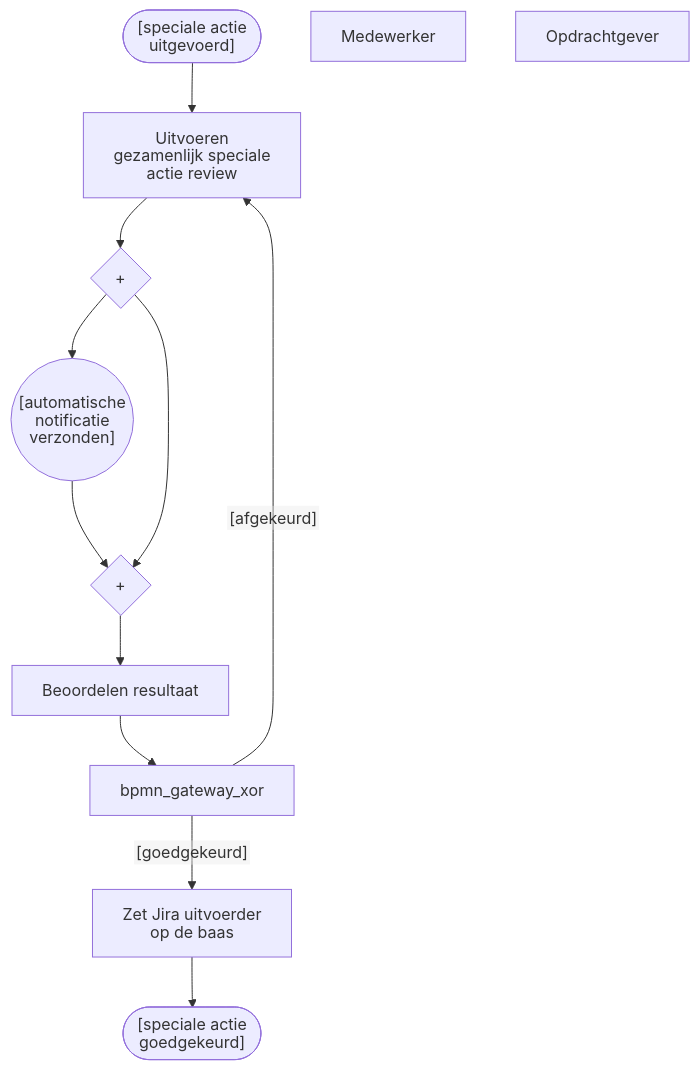
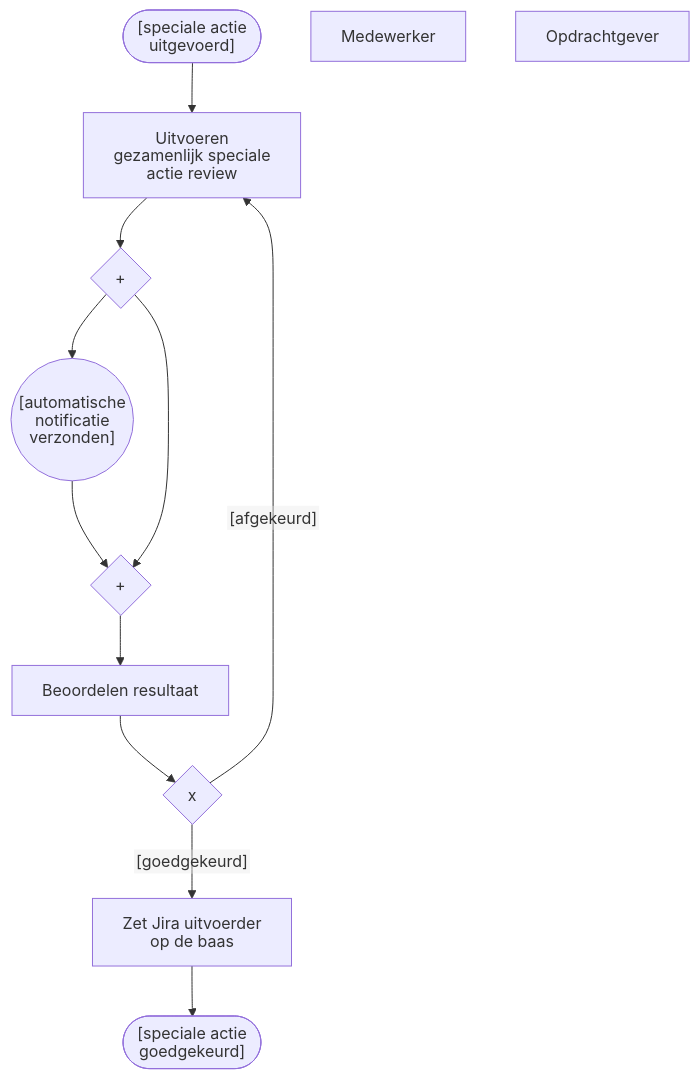
One commit to Zaibatsu89/IssueTracker changed the diagram in 12 Issue Tracker review special action.mermaid. Above: the diagram before and after it, drawn with Mermaid. The commit also changed 7 other files, not shown here.

```diff
--- a/12 Issue Tracker review special action.mermaid
+++ b/12 Issue Tracker review special action.mermaid
@@ -1,22 +1,23 @@
 %%{init: {"htmlLabels": false, "theme": "default", "themeVariables": {"fontFamily": "sans-serif"}, "flowchart": {"htmlLabels": false}}}%%
 flowchart TD
     bpmn_start_event(["[speciale actie\nuitgevoerd]"])
     bpmn_task_intake["Uitvoeren\ngezamenlijk speciale\nactie review"]
     bpmn_gateway_fork{"+"}
     bpmn_event_notification(("[automatische\nnotificatie\nverzonden]"))
     bpmn_gateway_join{"+"}
     bpmn_task_beoordeling["Beoordelen resultaat"]
+    bpmn_gateway_xor{"x"}
     bpmn_task_analyse["Zet Jira uitvoerder\nop de baas"]
     bpmn_end_event(["[speciale actie\ngoedgekeurd]"])
     mIc6XLMKuAxiAPNymMe0-20["Medewerker"]
     mIc6XLMKuAxiAPNymMe0-21["Opdrachtgever"]
     bpmn_gateway_xor -->|"[goedgekeurd]"| bpmn_task_analyse
     bpmn_gateway_xor -->|"[afgekeurd]"| bpmn_task_intake
     bpmn_start_event --> bpmn_task_intake
     bpmn_task_intake --> bpmn_gateway_fork
     bpmn_gateway_fork --> bpmn_event_notification
     bpmn_event_notification --> bpmn_gateway_join
     bpmn_gateway_fork --> bpmn_gateway_join
     bpmn_gateway_join --> bpmn_task_beoordeling
     bpmn_task_beoordeling --> bpmn_gateway_xor
     bpmn_task_analyse --> bpmn_end_event
```
